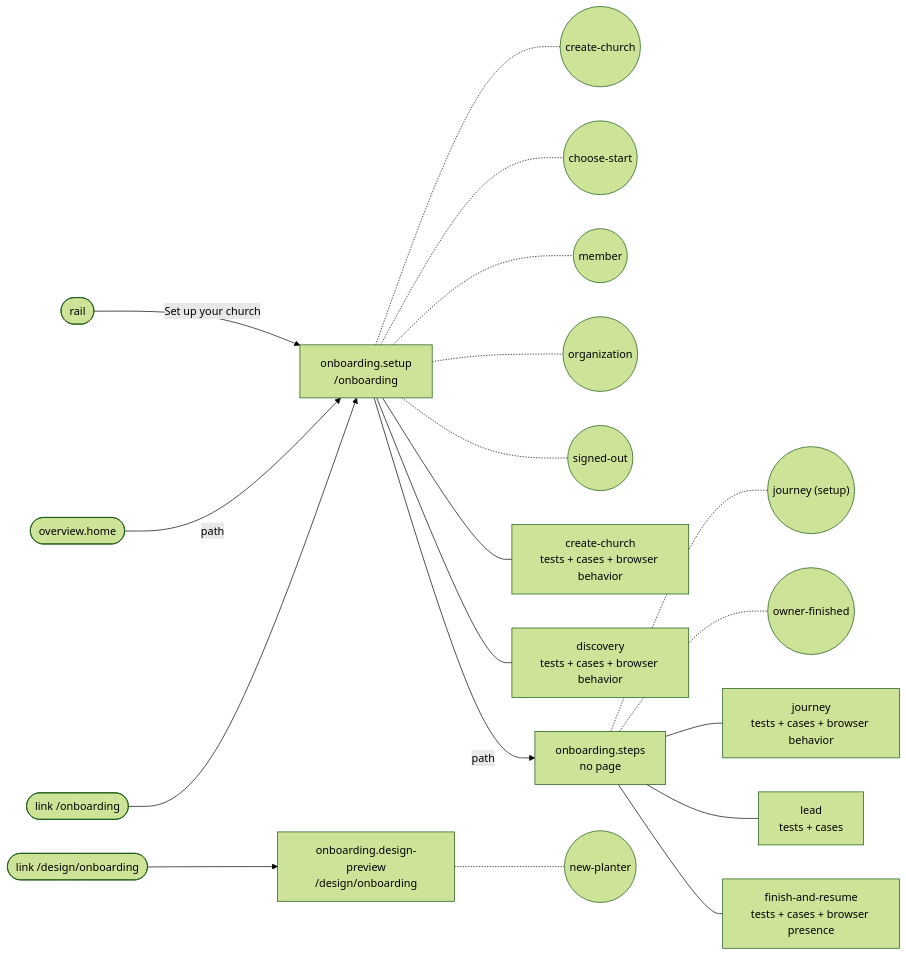
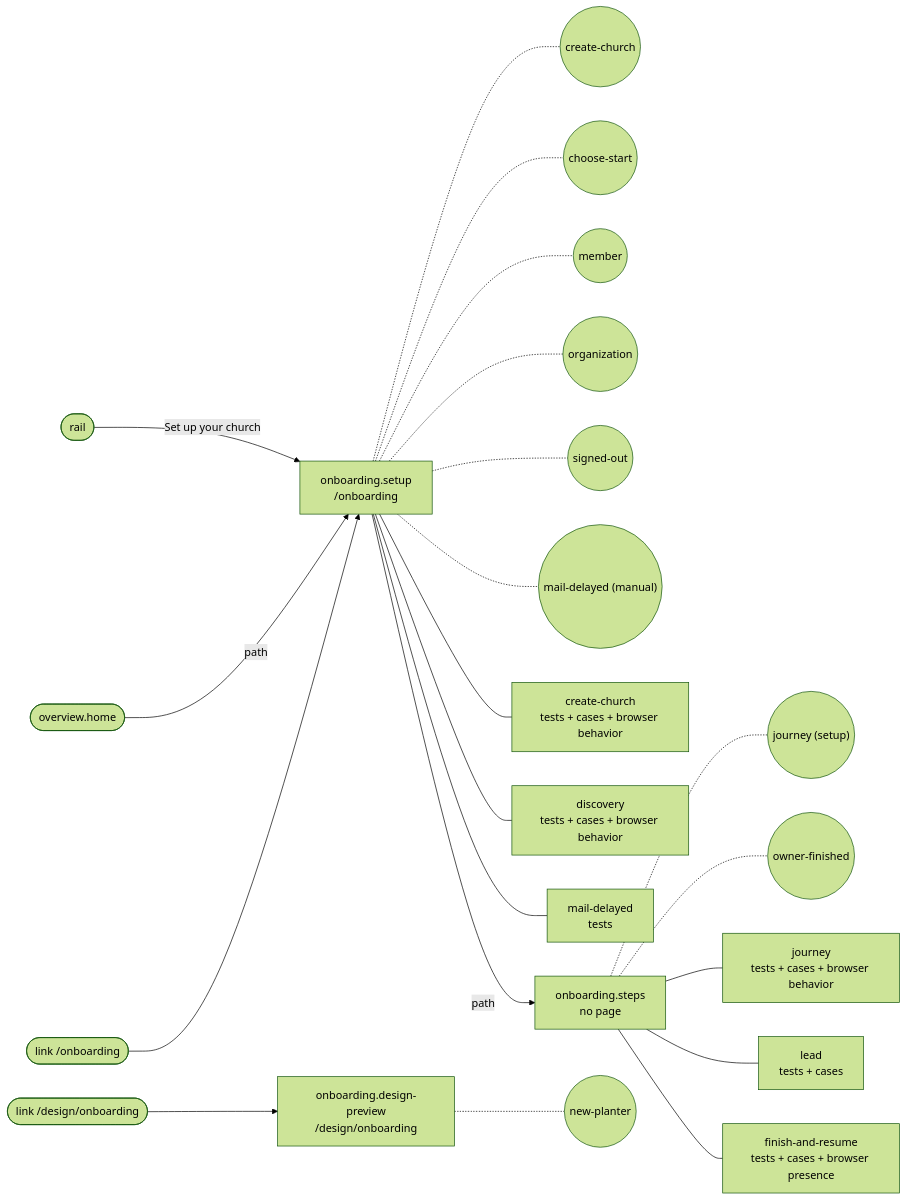
Before and after one commit to SebastianGarces/everyfield: the diagram in docs/feature-maps/onboarding.md, drawn with Mermaid (forest theme). The commit also changed other lines of this file and 47 other files, not shown here.

First line of the commit message:
When mail is off, identity and notification flows (password reset, email verification, email change, seat and relationsh

````diff
--- a/docs/feature-maps/onboarding.md
+++ b/docs/feature-maps/onboarding.md
@@ -6,28 +6,30 @@
 ```mermaid
 flowchart LR
   rail(["rail"])
   s0_link2(["link /onboarding"])
   s2_link0(["link /design/onboarding"])
   x_overview_home(["overview.home"])
   s0["onboarding.setup<br/>/onboarding"]
   rail -- "Set up your church" --> s0
   x_overview_home -- "path" --> s0
   s0_link2 --> s0
   s0 -.- s0_st0(("create-church"))
   s0 -.- s0_st1(("choose-start"))
   s0 -.- s0_st2(("member"))
   s0 -.- s0_st3(("organization"))
   s0 -.- s0_st4(("signed-out"))
+  s0 -.- s0_st5(("mail-delayed (manual)"))
   s0 --- s0_b0["create-church<br/>tests + cases + browser behavior"]
   s0 --- s0_b1["discovery<br/>tests + cases + browser behavior"]
+  s0 --- s0_b2["mail-delayed<br/>tests"]
   s1["onboarding.steps<br/>no page"]
   s0 -- "path" --> s1
   s1 -.- s1_st0(("journey (setup)"))
   s1 -.- s1_st1(("owner-finished"))
   s1 --- s1_b0["journey<br/>tests + cases + browser behavior"]
   s1 --- s1_b1["lead<br/>tests + cases"]
   s1 --- s1_b2["finish-and-resume<br/>tests + cases + browser presence"]
   s2["onboarding.design-preview<br/>/design/onboarding"]
   s2_link0 --> s2
   s2 -.- s2_st0(("new-planter"))
 ```
````
